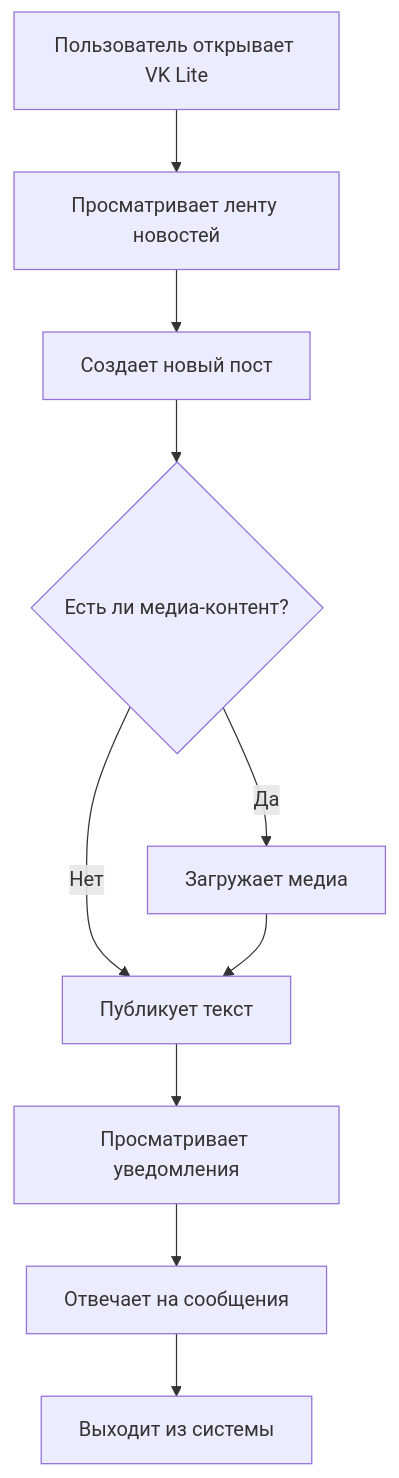
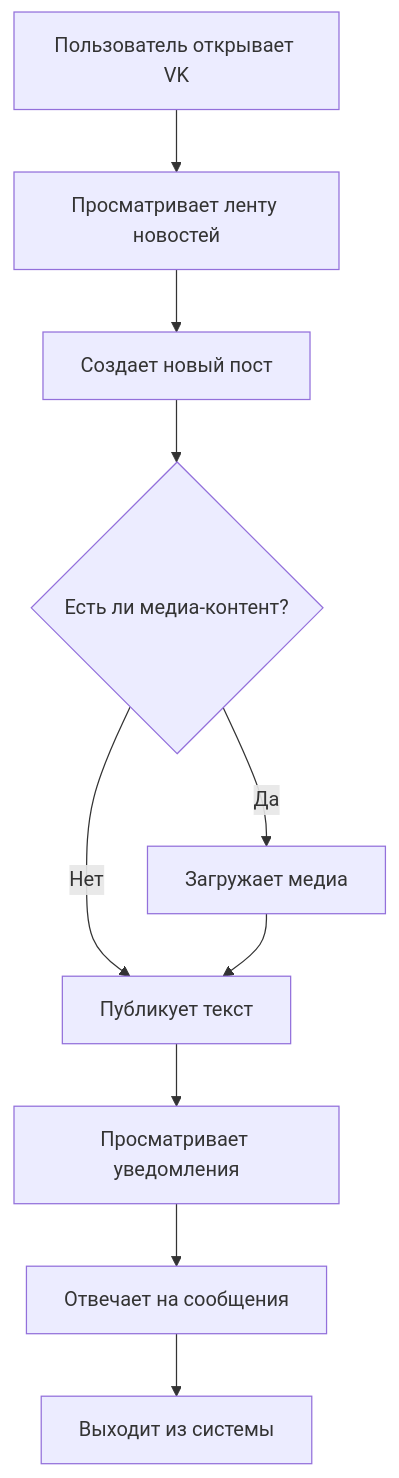
Before and after one commit to Singiiru/is_32k: the second of 3 diagrams in README.md, drawn with Mermaid. The commit also changed other lines of this file, not shown here.

````diff
--- a/README.md
+++ b/README.md
@@ -101,12 +101,12 @@
 ```mermaid
 graph TD;
-    A[Пользователь открывает VK Lite] --> B[Просматривает ленту новостей]
+    A[Пользователь открывает VK ] --> B[Просматривает ленту новостей]
     B --> C[Создает новый пост]
     C --> D{Есть ли медиа-контент?}
     D -- Да --> E[Загружает медиа]
     D -- Нет --> F[Публикует текст]
     E --> F
     F --> G[Просматривает уведомления]
     G --> H[Отвечает на сообщения]
     H --> I[Выходит из системы]
 ```
````
